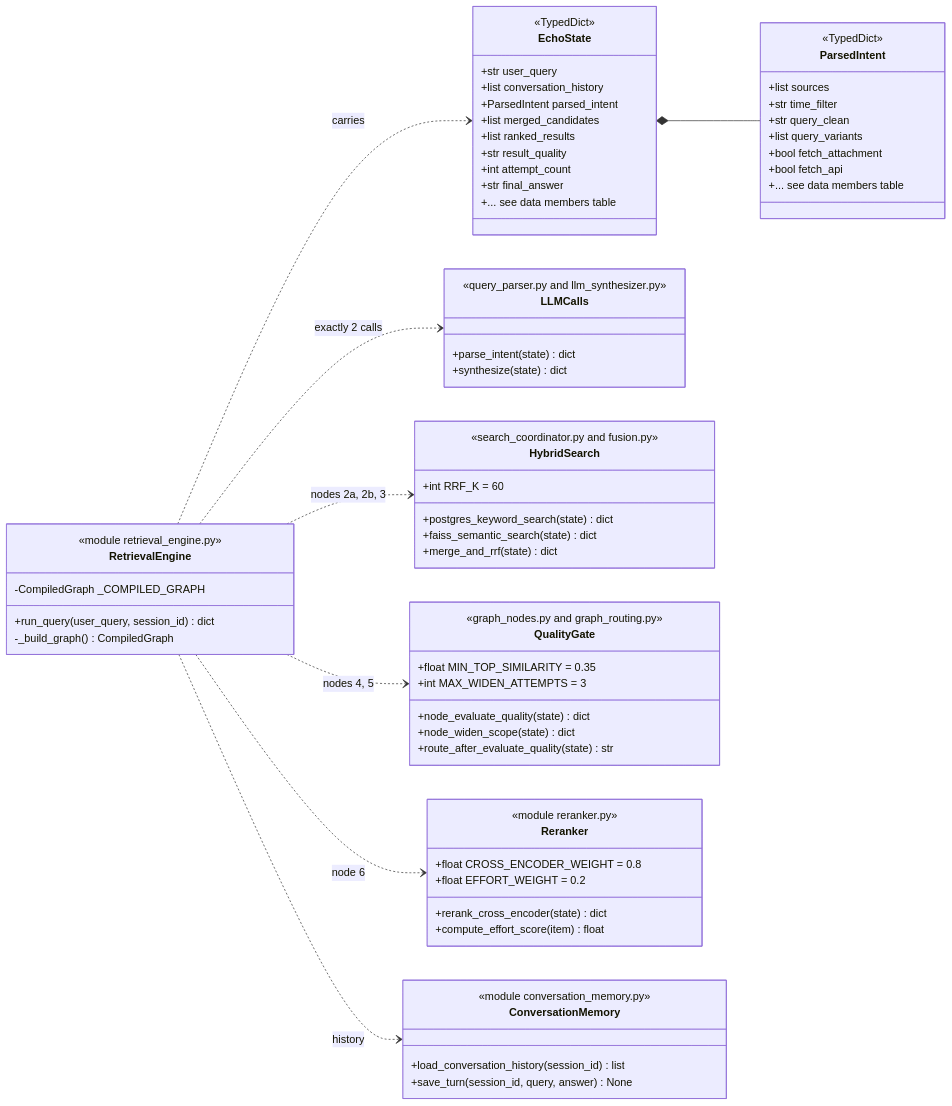
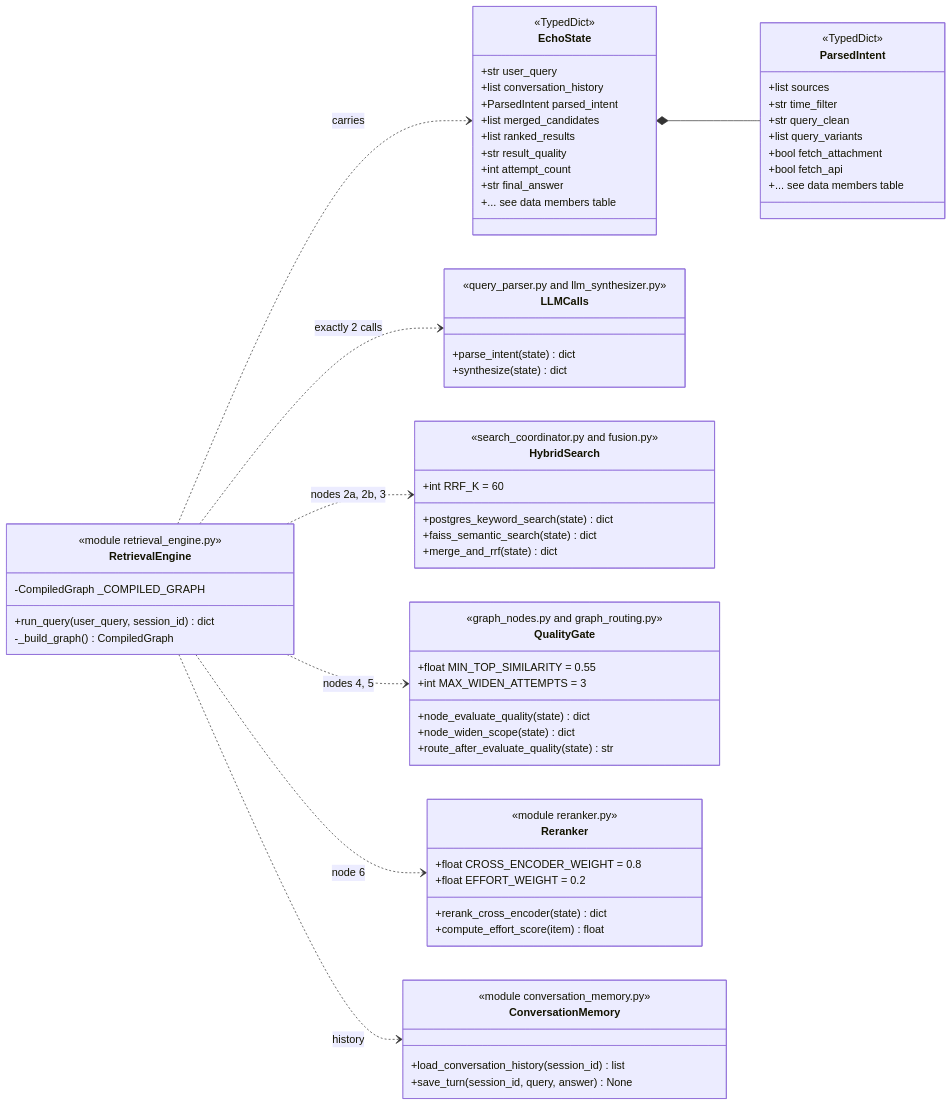
Before and after one commit to Shehzaad-khan/Efficient-Contextualized-History-Orchestrator-E.C.H.O: the diagram in docs/Phase III/build/lld/diagrams/cls_m2_retrieval.mmd, drawn with Mermaid. The commit also changed 21 other files, not shown here.

```diff
--- a/docs/Phase III/build/lld/diagrams/cls_m2_retrieval.mmd
+++ b/docs/Phase III/build/lld/diagrams/cls_m2_retrieval.mmd
@@ -1,69 +1,69 @@
 classDiagram
     direction LR
     class EchoState {
         <<TypedDict>>
         +str user_query
         +list conversation_history
         +ParsedIntent parsed_intent
         +list merged_candidates
         +list ranked_results
         +str result_quality
         +int attempt_count
         +str final_answer
         +... see data members table
     }
     class ParsedIntent {
         <<TypedDict>>
         +list sources
         +str time_filter
         +str query_clean
         +list query_variants
         +bool fetch_attachment
         +bool fetch_api
         +... see data members table
     }
     class RetrievalEngine {
         <<module retrieval_engine.py>>
         -CompiledGraph _COMPILED_GRAPH
         +run_query(user_query, session_id) dict
         -_build_graph() CompiledGraph
     }
     class LLMCalls {
         <<query_parser.py and llm_synthesizer.py>>
         +parse_intent(state) dict
         +synthesize(state) dict
     }
     class HybridSearch {
         <<search_coordinator.py and fusion.py>>
         +int RRF_K = 60
         +postgres_keyword_search(state) dict
         +faiss_semantic_search(state) dict
         +merge_and_rrf(state) dict
     }
     class QualityGate {
         <<graph_nodes.py and graph_routing.py>>
-        +float MIN_TOP_SIMILARITY = 0.35
+        +float MIN_TOP_SIMILARITY = 0.55
         +int MAX_WIDEN_ATTEMPTS = 3
         +node_evaluate_quality(state) dict
         +node_widen_scope(state) dict
         +route_after_evaluate_quality(state) str
     }
     class Reranker {
         <<module reranker.py>>
         +float CROSS_ENCODER_WEIGHT = 0.8
         +float EFFORT_WEIGHT = 0.2
         +rerank_cross_encoder(state) dict
         +compute_effort_score(item) float
     }
     class ConversationMemory {
         <<module conversation_memory.py>>
         +load_conversation_history(session_id) list
         +save_turn(session_id, query, answer) None
     }
     EchoState *-- ParsedIntent
     RetrievalEngine ..> EchoState : carries
     RetrievalEngine ..> LLMCalls : exactly 2 calls
     RetrievalEngine ..> HybridSearch : nodes 2a, 2b, 3
     RetrievalEngine ..> QualityGate : nodes 4, 5
     RetrievalEngine ..> Reranker : node 6
     RetrievalEngine ..> ConversationMemory : history
```
